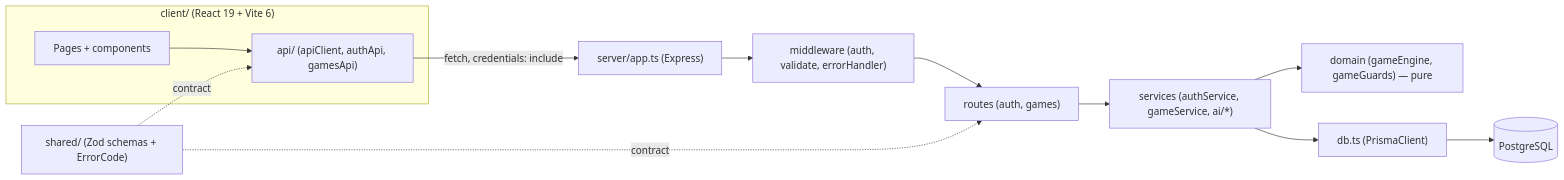
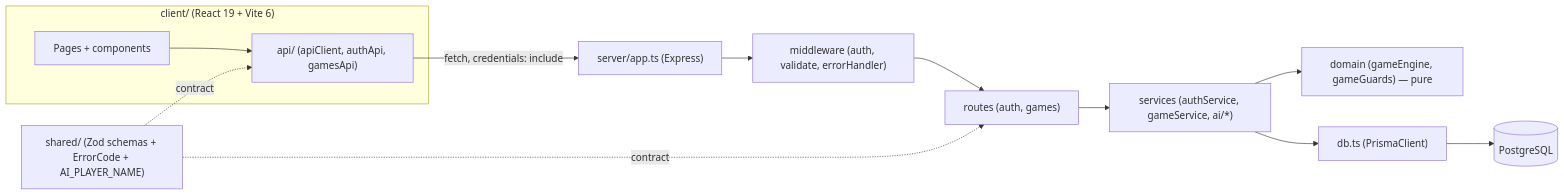
The first of 6 diagrams in docs/specs/PLAN-spec.md (orassayag/dices-game), drawn with Mermaid before and after one commit. The commit also changed other lines of this file, not shown here.

````diff
--- a/docs/specs/PLAN-spec.md
+++ b/docs/specs/PLAN-spec.md
@@ -63,15 +76,15 @@
 ```mermaid
 flowchart LR
     subgraph client["client/ (React 19 + Vite 6)"]
       UI["Pages + components"] --> API_C["api/ (apiClient, authApi, gamesApi)"]
     end
     API_C -->|"fetch, credentials: include"| APP["server/app.ts (Express)"]
     APP --> MW["middleware (auth, validate, errorHandler)"]
     MW --> RT["routes (auth, games)"]
     RT --> SVC["services (authService, gameService, ai/*)"]
     SVC --> DOM["domain (gameEngine, gameGuards) — pure"]
     SVC --> PRISMA["db.ts (PrismaClient)"]
     PRISMA --> PG[("PostgreSQL")]
-    SHARED["shared/ (Zod schemas + ErrorCode)"] -.->|contract| API_C
+    SHARED["shared/ (Zod schemas + ErrorCode + AI_PLAYER_NAME)"] -.->|contract| API_C
     SHARED -.->|contract| RT
 ```
````
